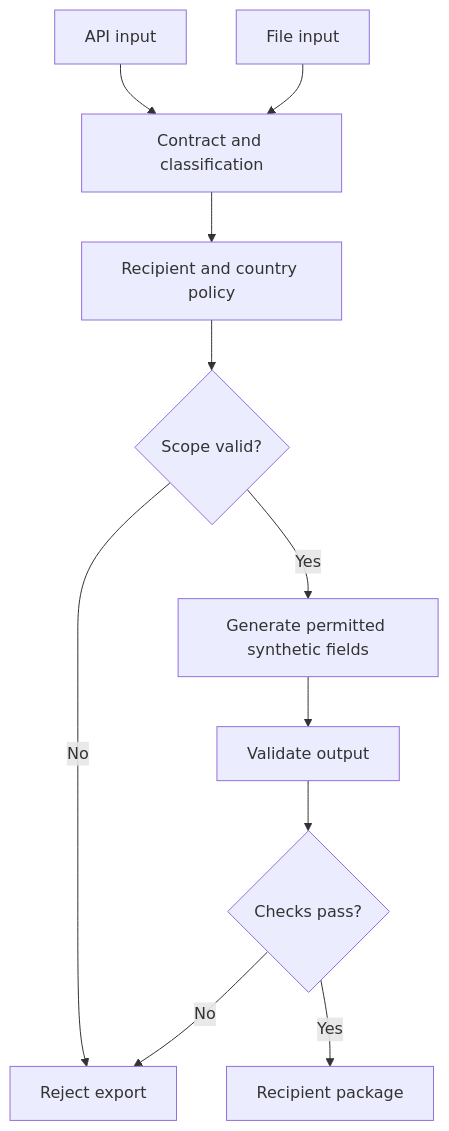
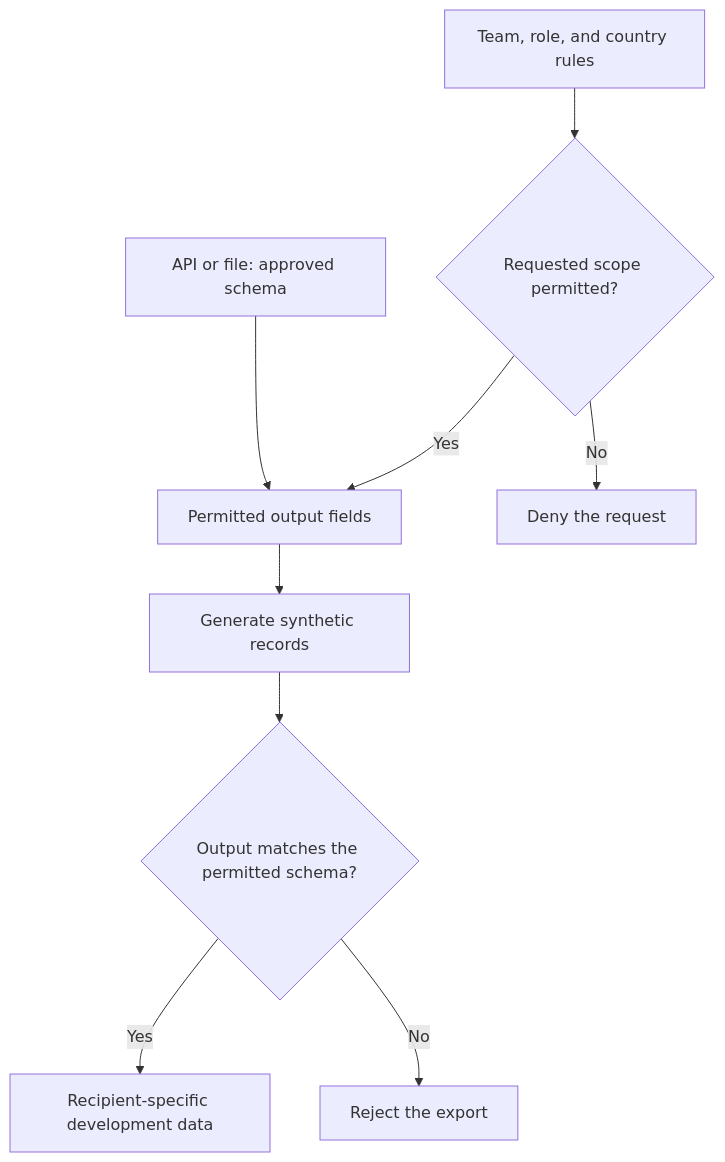
One commit to MahdiHajjHassan/policy-aware-data-generator changed the diagram in README.md. Above: the diagram before and after it, drawn with Mermaid. The commit also changed other lines of this file, not shown here.

Commit message:
Explain synthetic data reference design with an overview diagram

```diff
--- a/README.md
+++ b/README.md
@@ -103,13 +9,11 @@
 ~~~mermaid
 flowchart TD
-  API["API input"] --> CONTRACT["Contract and classification"]
-  FILE["File input"] --> CONTRACT
-  CONTRACT --> POLICY["Recipient and country policy"]
-  POLICY --> DECISION{"Scope valid?"}
-  DECISION -->|No| STOP["Reject export"]
-  DECISION -->|Yes| GENERATE["Generate permitted synthetic fields"]
-  GENERATE --> VALIDATE["Validate output"]
-  VALIDATE --> CHECK{"Checks pass?"}
-  CHECK -->|No| STOP
-  CHECK -->|Yes| PACKAGE["Recipient package"]
+    Inputs["API or file: approved schema"] --> Fields["Permitted output fields"]
+    Policy["Team, role, and country rules"] --> Scope{"Requested scope permitted?"}
+    Scope -->|No| Deny["Deny the request"]
+    Scope -->|Yes| Fields
+    Fields --> Generate["Generate synthetic records"]
+    Generate --> Check{"Output matches the permitted schema?"}
+    Check -->|Yes| Export["Recipient-specific development data"]
+    Check -->|No| Reject["Reject the export"]
 ~~~
```
